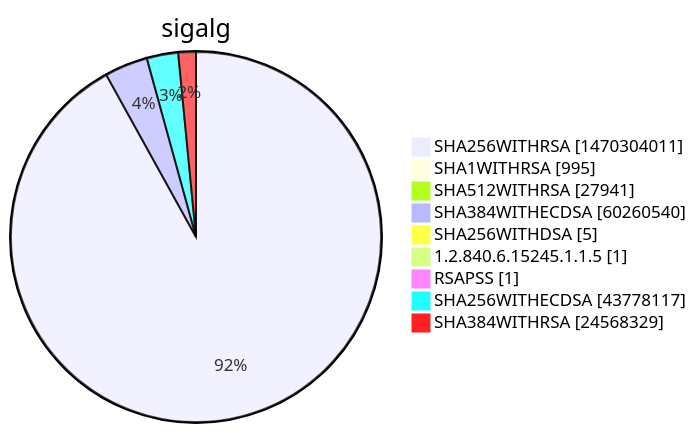
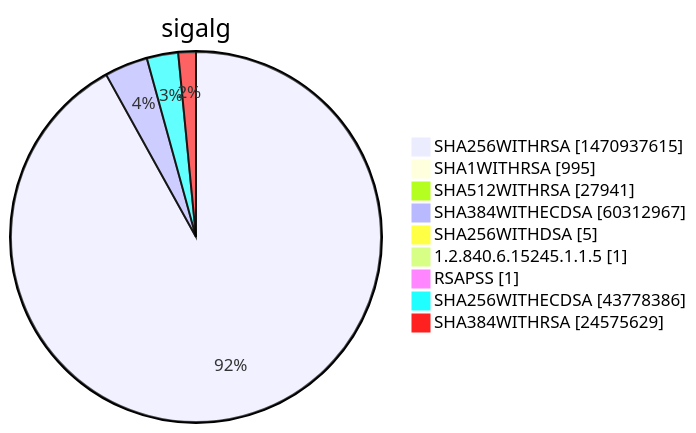
One commit to christiankrug/ctmonitor_visualization changed diagram 15 of 15 in xenon2022/README.md. Above: the diagram before and after it, drawn with Mermaid. The commit also changed other lines of this file, not shown here.

````diff
--- a/xenon2022/README.md
+++ b/xenon2022/README.md
@@ -5863,13 +5863,13 @@
 ```mermaid
 pie showData
 title sigalg
-"SHA256WITHRSA" :1470304011
+"SHA256WITHRSA" :1470937615
 "SHA1WITHRSA" :995
 "SHA512WITHRSA" :27941
-"SHA384WITHECDSA" :60260540
+"SHA384WITHECDSA" :60312967
 "SHA256WITHDSA" :5
 "1.2.840.6.15245.1.1.5" :1
 "RSAPSS" :1
-"SHA256WITHECDSA" :43778117
-"SHA384WITHRSA" :24568329
+"SHA256WITHECDSA" :43778386
+"SHA384WITHRSA" :24575629
 ```
````
